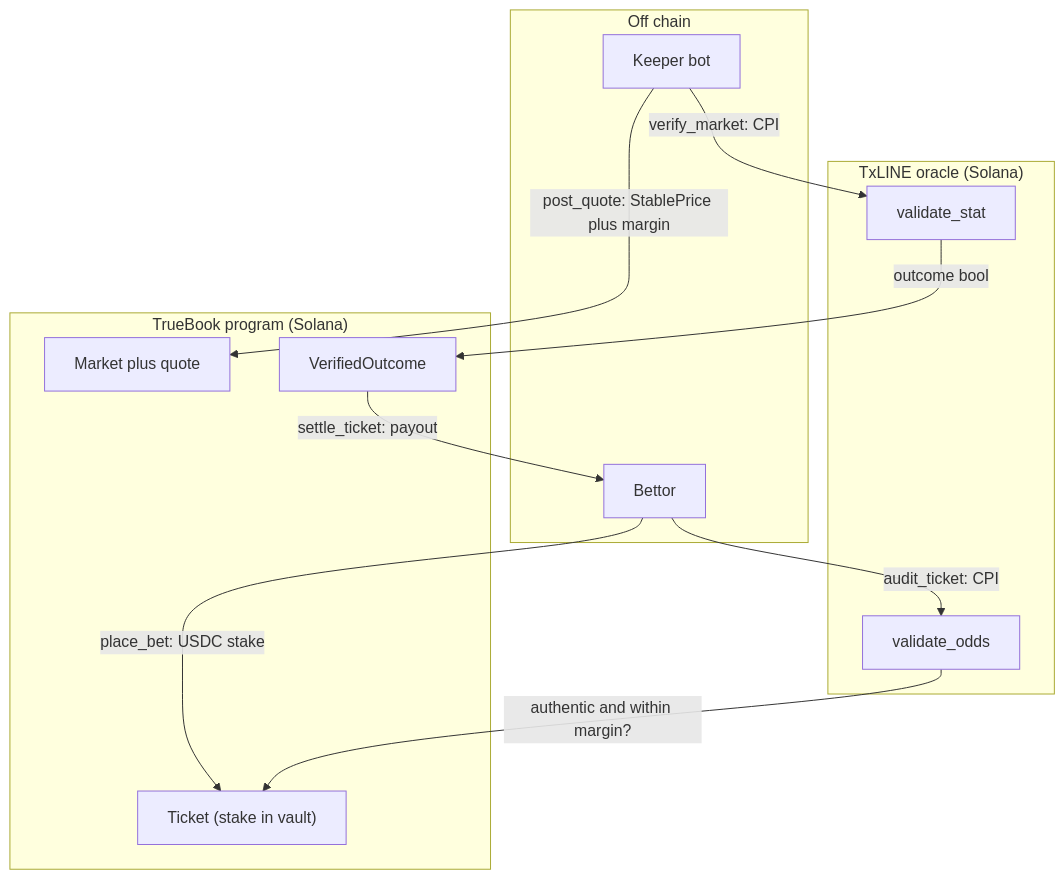
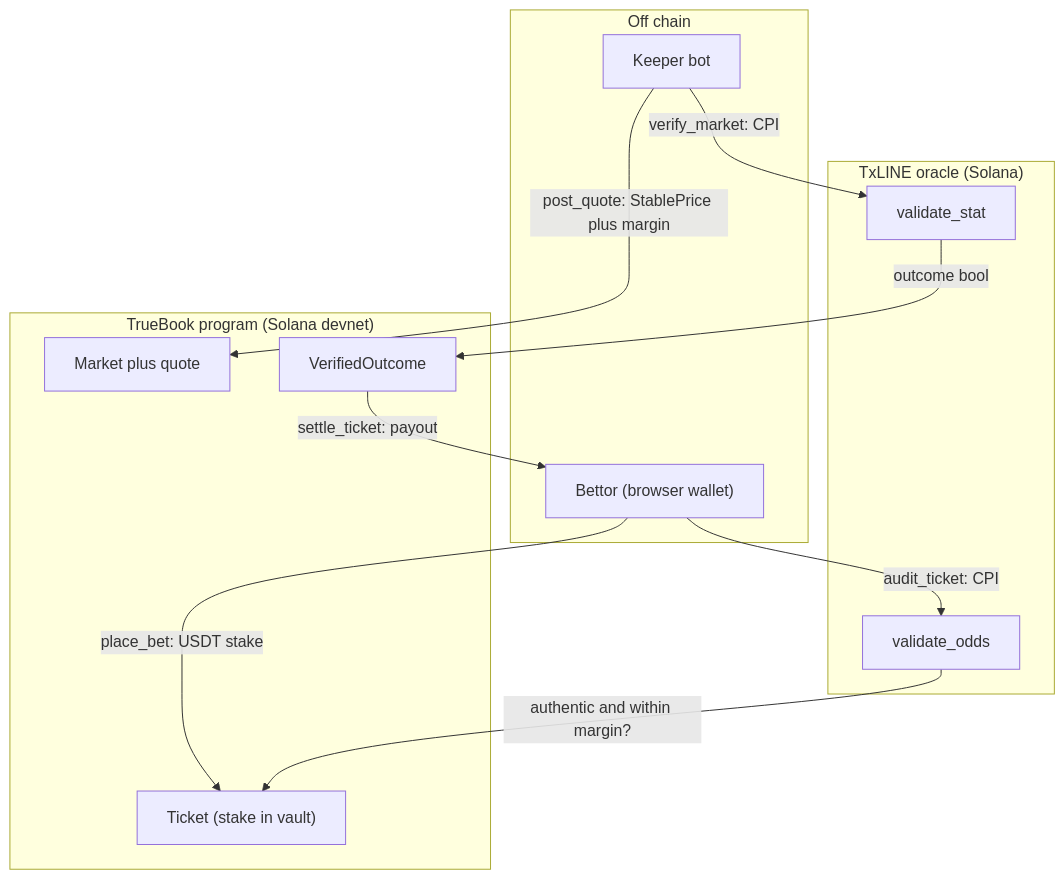
One commit to Andy00L/truebook changed the diagram in README.md. Above: the diagram before and after it, drawn with Mermaid. The commit also changed other lines of this file and 1 other file, not shown here.

Commit message:
docs: rebuild README for the live devnet app and add MIT license

````diff
--- a/README.md
+++ b/README.md
@@ -64,23 +77,23 @@
 ```mermaid
 flowchart TD
     subgraph offchain["Off chain"]
-        bettor["Bettor"]
+        bettor["Bettor (browser wallet)"]
         keeper["Keeper bot"]
     end
-    subgraph truebook["TrueBook program (Solana)"]
+    subgraph truebook["TrueBook program (Solana devnet)"]
         market["Market plus quote"]
         ticket["Ticket (stake in vault)"]
         outcome["VerifiedOutcome"]
     end
     subgraph txline["TxLINE oracle (Solana)"]
         vstat["validate_stat"]
         vodds["validate_odds"]
     end
     keeper -->|"post_quote: StablePrice plus margin"| market
-    bettor -->|"place_bet: USDC stake"| ticket
+    bettor -->|"place_bet: USDT stake"| ticket
     keeper -->|"verify_market: CPI"| vstat
     vstat -->|"outcome bool"| outcome
     outcome -->|"settle_ticket: payout"| bettor
     bettor -->|"audit_ticket: CPI"| vodds
     vodds -->|"authentic and within margin?"| ticket
 ```
````
